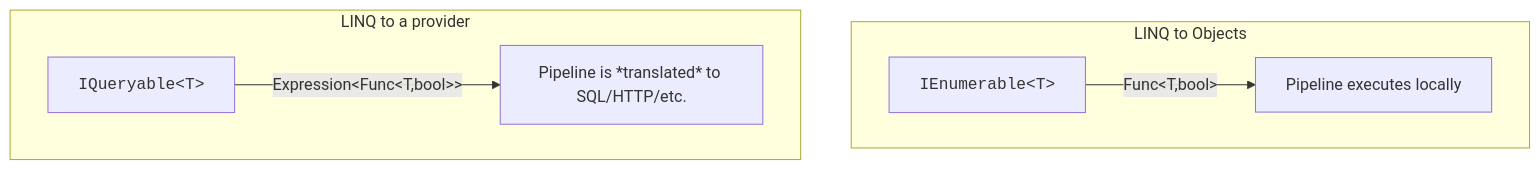
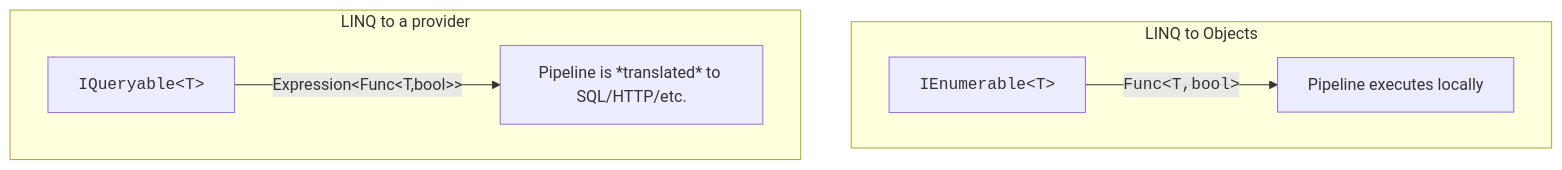
The second of 2 diagrams in content/learn/csharp-linq-functional/birth-of-linq.mdx (dataslope/dataslope), drawn with Mermaid before and after one commit. The commit also changed 46 other files, not shown here.

First line of the commit message:
Wrap code in mermaid edge labels + entity/table names in DB diagrams

````diff
--- a/content/learn/csharp-linq-functional/birth-of-linq.mdx
+++ b/content/learn/csharp-linq-functional/birth-of-linq.mdx
@@ -117,9 +117,9 @@
 ```mermaid
 flowchart TB
     subgraph LinqToObjects[LINQ to Objects]
-        Q1["<code>IEnumerable&lt;T&gt;</code>"] -->|"Func&lt;T,bool&gt;"| F1[Pipeline executes locally]
+        Q1["<code>IEnumerable&lt;T&gt;</code>"] -->|"<code>Func&lt;T,bool&gt;</code>"| F1[Pipeline executes locally]
     end
     subgraph LinqToProviders[LINQ to a provider]
         Q2["<code>IQueryable&lt;T&gt;</code>"] -->|"Expression&lt;Func&lt;T,bool&gt;&gt;"| F2[Pipeline is *translated* to SQL/HTTP/etc.]
     end
 ```
````
